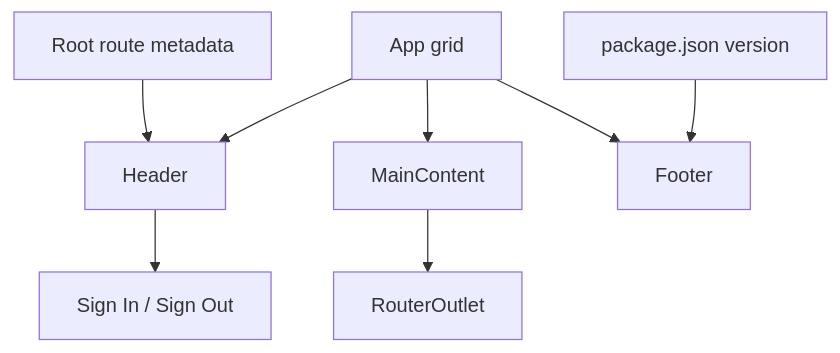
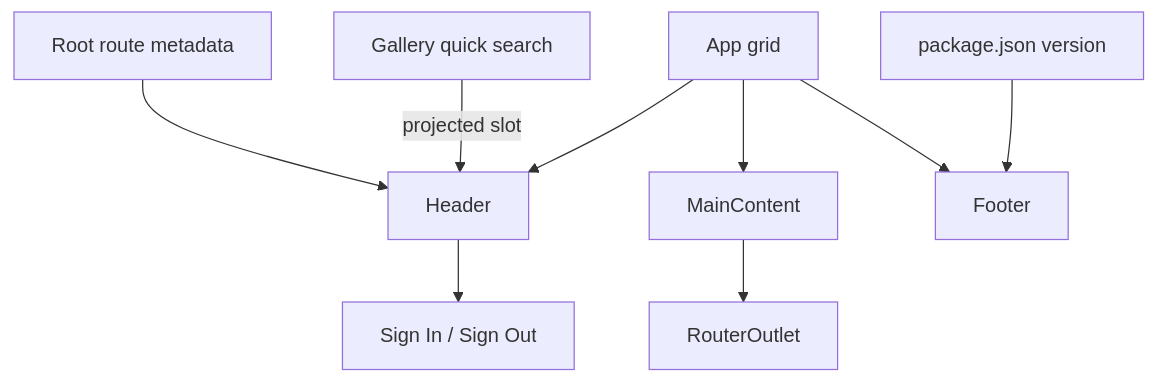
The diagram in lode/ui/application-shell.md (Zwezh/media-shelf), drawn with Mermaid before and after one commit. The commit also changed other lines of this file and 75 other files, not shown here.

Commit message:
refactor gallery architecture boundaries

````diff
--- a/lode/ui/application-shell.md
+++ b/lode/ui/application-shell.md
@@ -19,10 +21,11 @@
 ```mermaid
 flowchart TD
   App[App grid] --> Header[Header]
   App --> Main[MainContent]
   App --> Footer[Footer]
   Routes[Root route metadata] --> Header
+  Search[Gallery quick search] -->|projected slot| Header
   Header --> Auth[Sign In / Sign Out]
   Main --> Outlet[RouterOutlet]
   Package[package.json version] --> Footer
 ```
````
